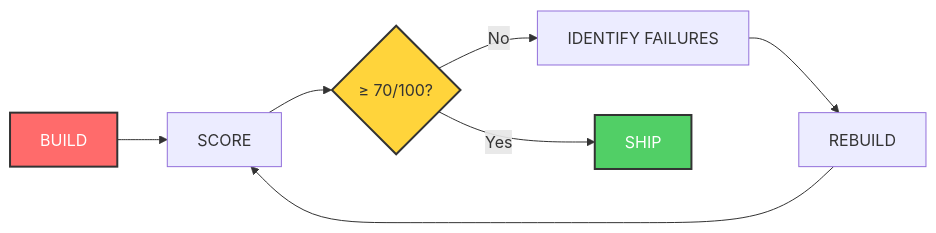
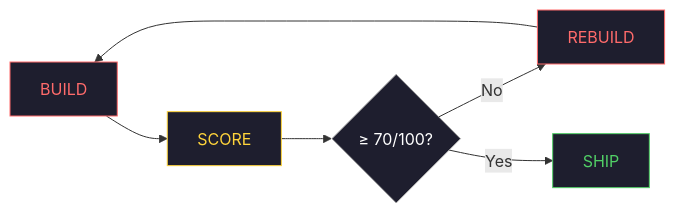
One commit to hotaro6754/ZeroSlop changed the diagram in README.md. Above: the diagram before and after it, drawn with Mermaid. The commit also changed other lines of this file, not shown here.

````diff
--- a/README.md
+++ b/README.md
@@ -79,13 +69,14 @@
 ```mermaid
 graph LR
     A[BUILD] --> B[SCORE]
     B --> C{≥ 70/100?}
-    C -->|No| D[IDENTIFY FAILURES]
-    D --> E[REBUILD]
-    E --> B
-    C -->|Yes| F[SHIP]
-    
-    style A fill:#ff6b6b,stroke:#333,stroke-width:2px,color:#fff
-    style F fill:#51cf66,stroke:#333,stroke-width:2px,color:#fff
-    style C fill:#ffd43b,stroke:#333,stroke-width:2px
+    C -->|No| D[REBUILD]
+    D --> A
+    C -->|Yes| E[SHIP]
+
+    style A fill:#1e1e2e,stroke:#ff6b6b,color:#ff6b6b
+    style B fill:#1e1e2e,stroke:#ffd43b,color:#ffd43b
+    style C fill:#1e1e2e,stroke:#aaa,color:#fff
+    style D fill:#1e1e2e,stroke:#ff6b6b,color:#ff6b6b
+    style E fill:#1e1e2e,stroke:#51cf66,color:#51cf66
 ```
````
